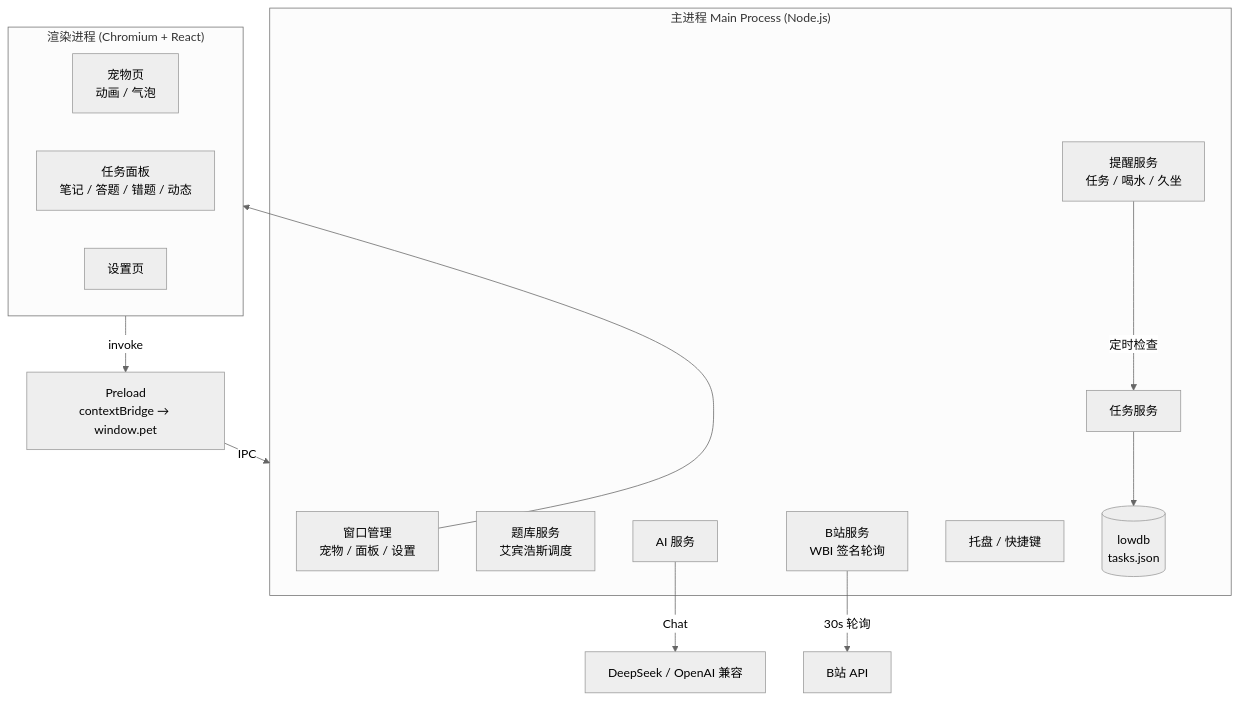
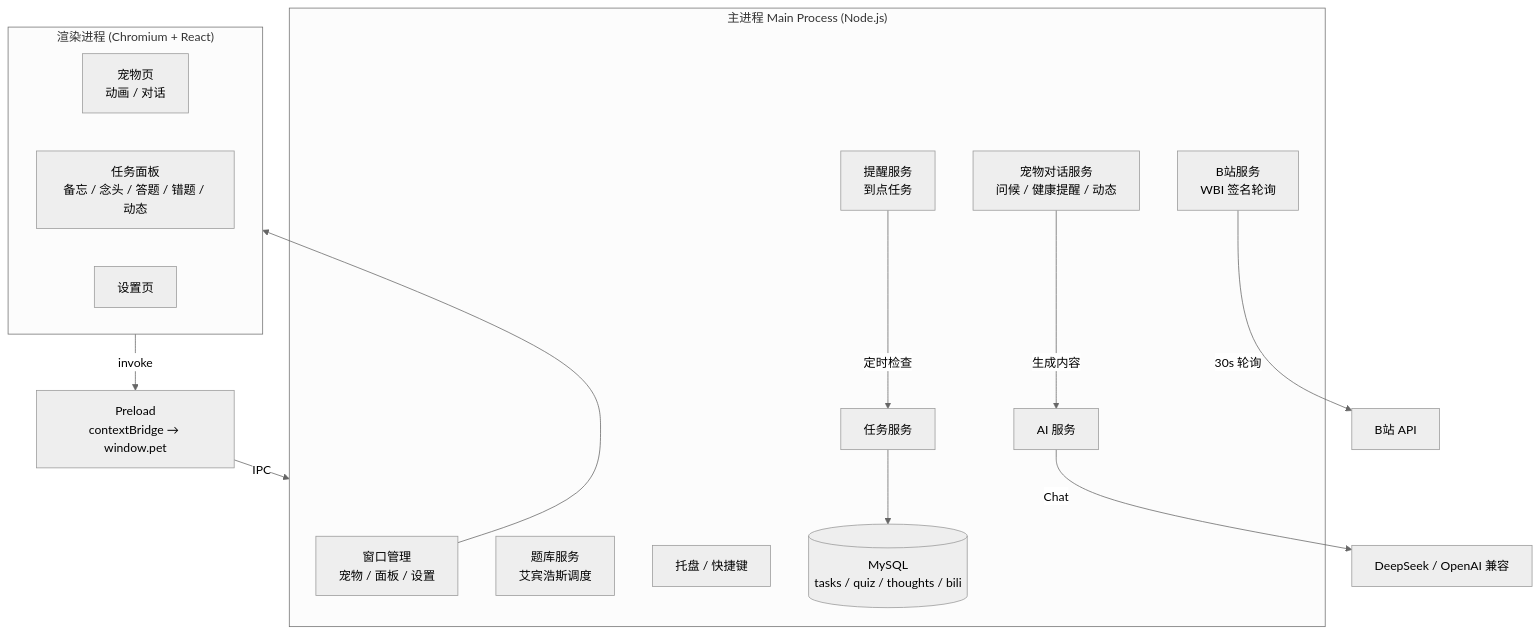
The diagram in README.md (Allen-huu/PalGov), drawn with Mermaid (neutral theme) before and after one commit. The commit also changed other lines of this file and 40 other files, not shown here.

First line of the commit message:
feat: add mysql thoughts and pet dialogue features

````diff
--- a/README.md
+++ b/README.md
@@ -232,30 +248,32 @@
 ```mermaid
 graph TB
     subgraph Main["主进程 Main Process (Node.js)"]
         WM["窗口管理<br/>宠物 / 面板 / 设置"]
         TS["任务服务"]
-        NS["提醒服务<br/>任务 / 喝水 / 久坐"]
+        NS["提醒服务<br/>到点任务"]
+        DS["宠物对话服务<br/>问候 / 健康提醒 / 动态"]
         QS["题库服务<br/>艾宾浩斯调度"]
         AIS["AI 服务"]
         BS["B站服务<br/>WBI 签名轮询"]
         TR["托盘 / 快捷键"]
-        DB[("lowdb<br/>tasks.json")]
+        DB[("MySQL<br/>tasks / quiz / thoughts / bili")]
     end
 
     subgraph Renderer["渲染进程 (Chromium + React)"]
-        PET["宠物页<br/>动画 / 气泡"]
-        PANEL["任务面板<br/>笔记 / 答题 / 错题 / 动态"]
+        PET["宠物页<br/>动画 / 对话"]
+        PANEL["任务面板<br/>备忘 / 念头 / 答题 / 错题 / 动态"]
         SETTINGS["设置页"]
     end
 
     PRELOAD["Preload<br/>contextBridge → window.pet"]
 
     WM --> Renderer
     TS --> DB
     NS -->|定时检查| TS
     BS -->|30s 轮询| BILI["B站 API"]
-    AIS -->|Chat| LLM["DeepSeek / OpenAI 兼容"]
+        AIS -->|Chat| LLM["DeepSeek / OpenAI 兼容"]
+        DS -->|生成内容| AIS
 
     Renderer -->|invoke| PRELOAD
     PRELOAD -->|IPC| Main
 ```
````
